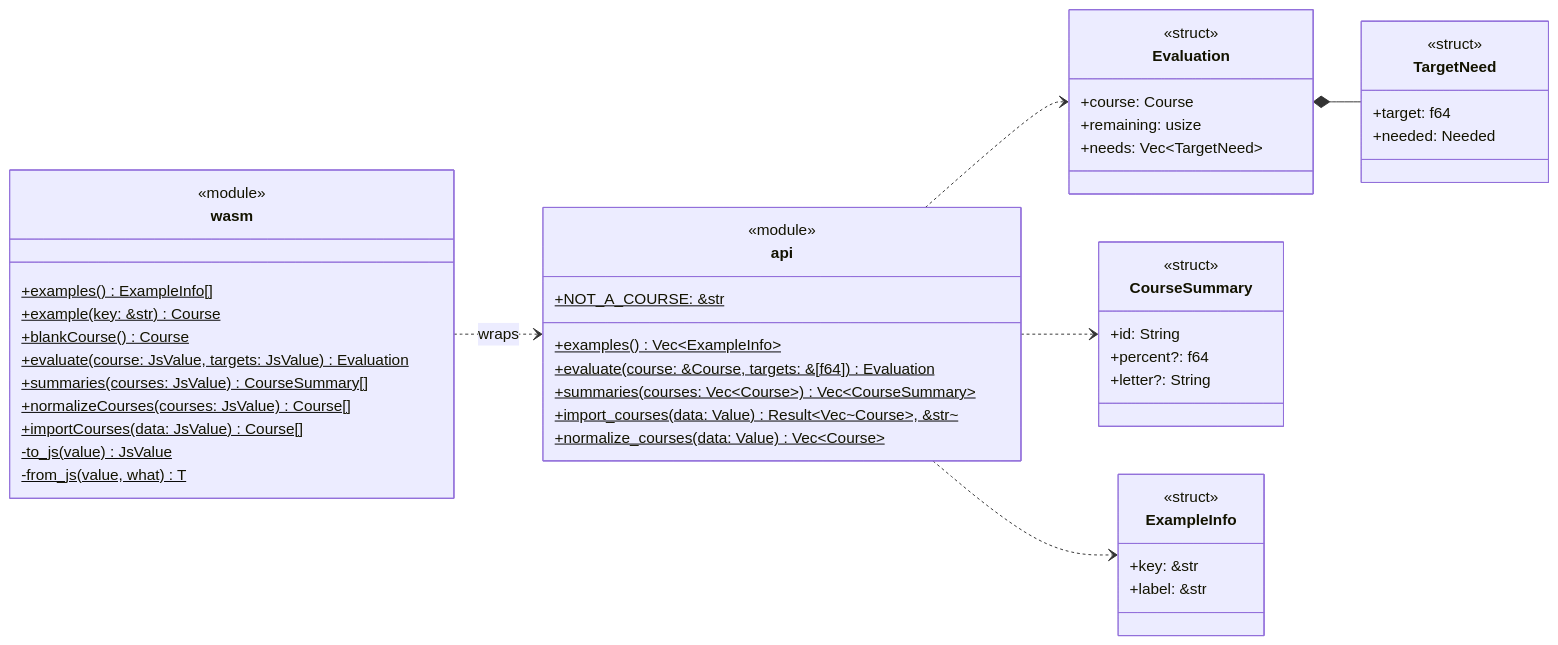
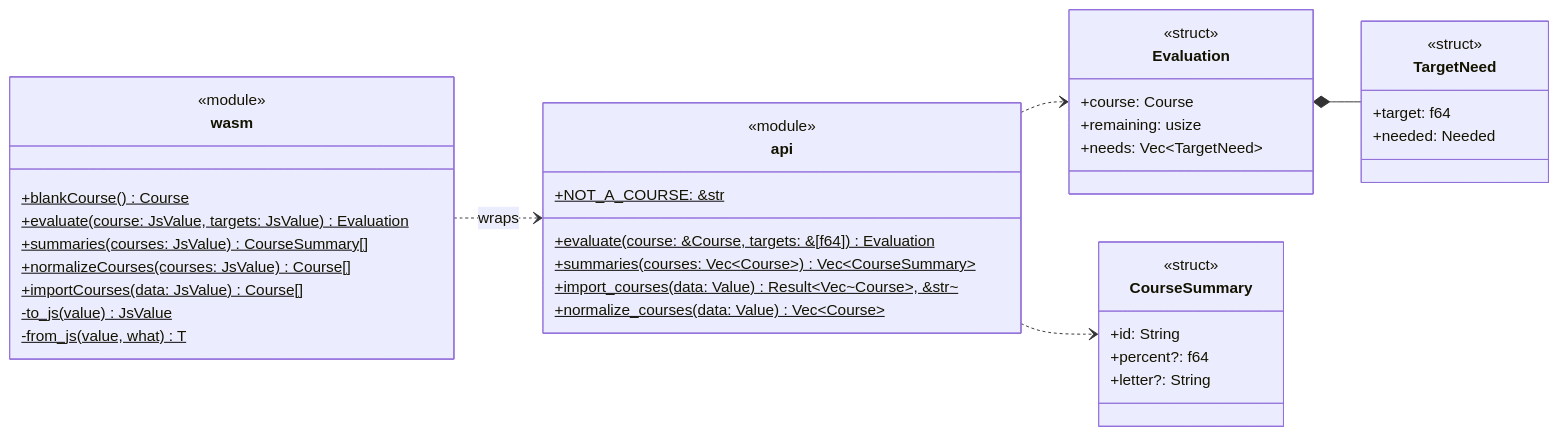
The sixth of 9 diagrams in docs/uml.md (Patman1O1/grade-calculator), drawn with Mermaid before and after one commit. The commit also changed other lines of this file and 12 other files, not shown here.

````diff
--- a/docs/uml.md
+++ b/docs/uml.md
@@ -271,52 +258,43 @@
 ```mermaid
 classDiagram
   direction LR
   class wasm {
     <<module>>
-    +examples()$ ExampleInfo[]
-    +example(key: &str)$ Course
     +blankCourse()$ Course
     +evaluate(course: JsValue, targets: JsValue)$ Evaluation
     +summaries(courses: JsValue)$ CourseSummary[]
     +normalizeCourses(courses: JsValue)$ Course[]
     +importCourses(data: JsValue)$ Course[]
     -to_js(value)$ JsValue
     -from_js(value, what)$ T
   }
   class api {
     <<module>>
     +NOT_A_COURSE: &str$
-    +examples()$ Vec~ExampleInfo~
     +evaluate(course: &Course, targets: &[f64])$ Evaluation
     +summaries(courses: Vec~Course~)$ Vec~CourseSummary~
     +import_courses(data: Value)$ Result~Vec~Course~, &str~
     +normalize_courses(data: Value)$ Vec~Course~
   }
   class Evaluation {
     <<struct>>
     +course: Course
     +remaining: usize
     +needs: Vec~TargetNeed~
   }
   class TargetNeed {
     <<struct>>
     +target: f64
     +needed: Needed
   }
   class CourseSummary {
     <<struct>>
     +id: String
     +percent?: f64
     +letter?: String
   }
-  class ExampleInfo {
-    <<struct>>
-    +key: &str
-    +label: &str
-  }
   wasm ..> api : wraps
   api ..> Evaluation
   Evaluation *-- TargetNeed
   api ..> CourseSummary
-  api ..> ExampleInfo
 ```
````
